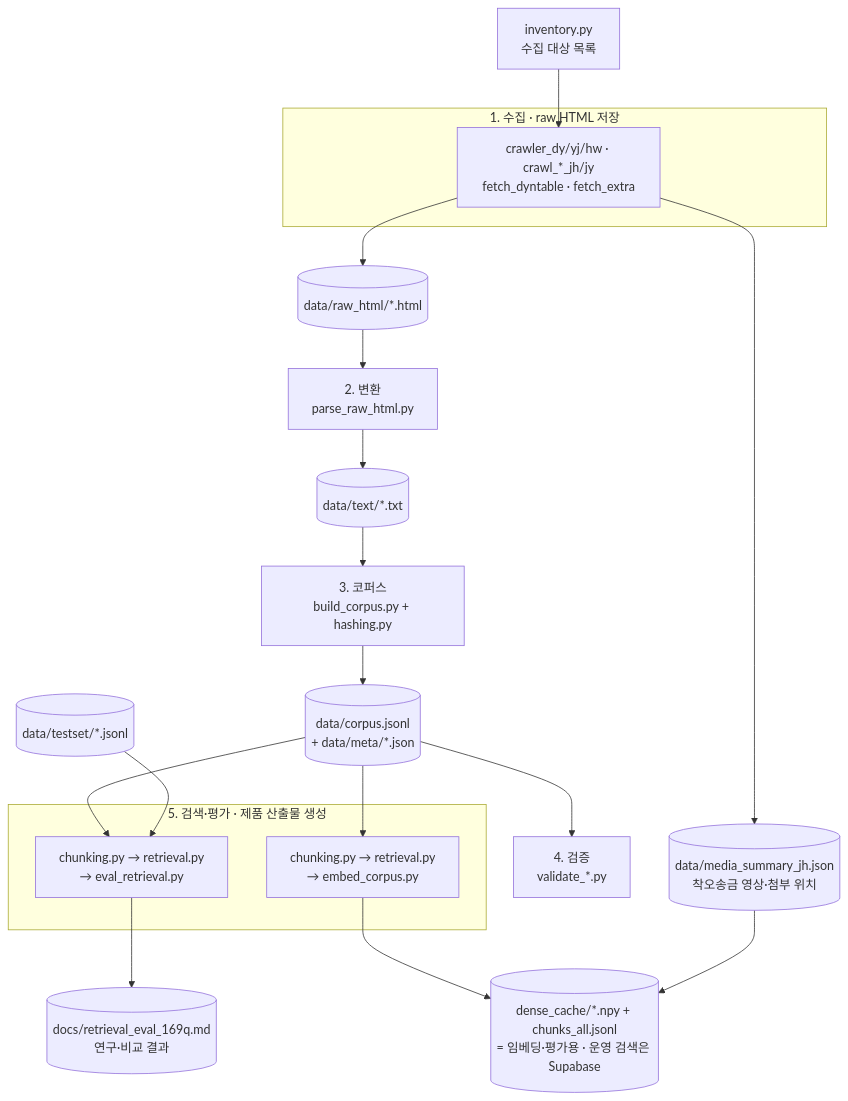
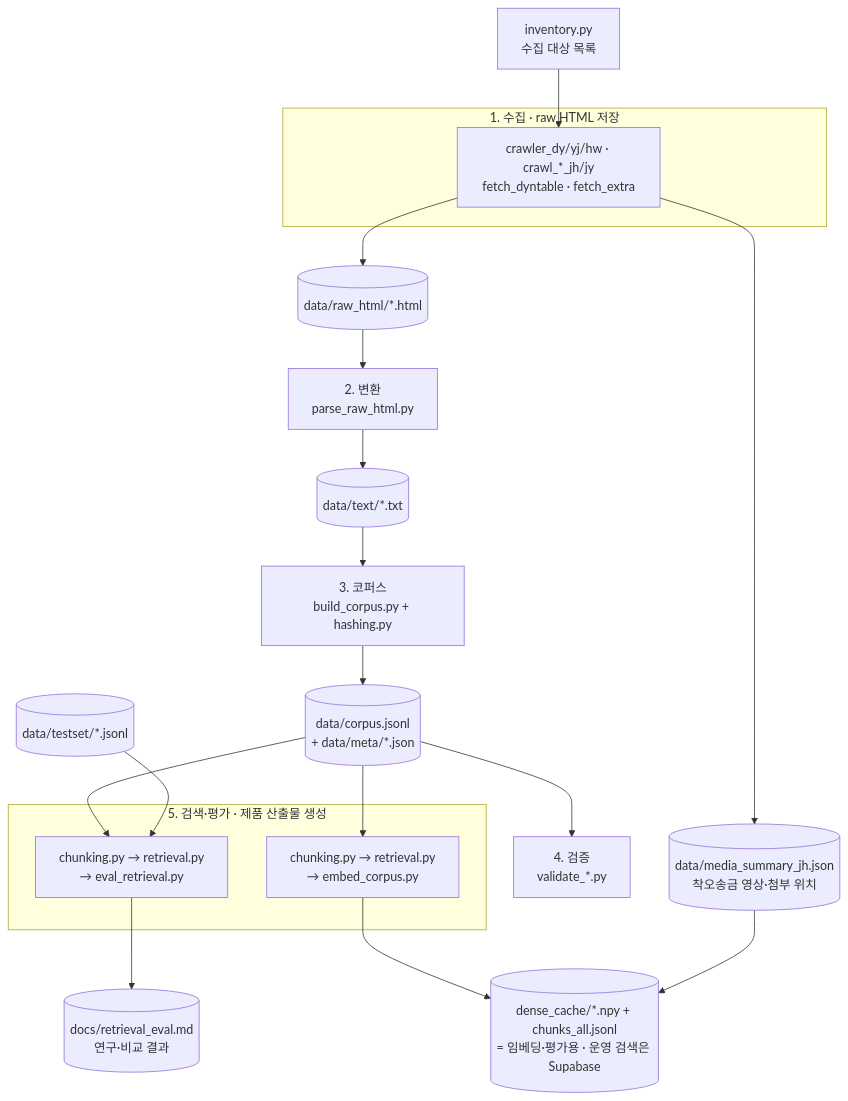
The diagram in docs/CODEBASE.md (likelion-8/kdic-crawler), drawn with Mermaid before and after one commit. The commit also changed other lines of this file and 5 other files, not shown here.

````diff
--- a/docs/CODEBASE.md
+++ b/docs/CODEBASE.md
@@ -12,24 +12,24 @@
 ```mermaid
 flowchart TD
     INV[inventory.py<br/>수집 대상 목록] --> CRAWL
     subgraph S1[1. 수집 · raw HTML 저장]
       CRAWL[crawler_dy/yj/hw · crawl_*_jh/jy<br/>fetch_dyntable · fetch_extra]
     end
     CRAWL --> RAW[(data/raw_html/*.html)]
     CRAWL --> MEDIA[(data/media_summary_jh.json<br/>착오송금 영상·첨부 위치)]
     RAW --> PARSE[2. 변환<br/>parse_raw_html.py]
     PARSE --> TXT[(data/text/*.txt)]
     TXT --> BUILD[3. 코퍼스<br/>build_corpus.py + hashing.py]
     BUILD --> CORP[(data/corpus.jsonl<br/>+ data/meta/*.json)]
     CORP --> VAL[4. 검증<br/>validate_*.py]
     CORP --> RET
     CORP --> EMB
     TESTSET[(data/testset/*.jsonl)] --> RET
     subgraph S5[5. 검색·평가 · 제품 산출물 생성]
       RET[chunking.py → retrieval.py<br/>→ eval_retrieval.py]
       EMB[chunking.py → retrieval.py<br/>→ embed_corpus.py]
     end
-    RET --> DOCS[(docs/retrieval_eval_169q.md<br/>연구·비교 결과)]
+    RET --> DOCS[(docs/retrieval_eval.md<br/>연구·비교 결과)]
     EMB --> PROD[(dense_cache/*.npy + chunks_all.jsonl<br/>= 임베딩·평가용 · 운영 검색은 Supabase)]
     MEDIA --> PROD
 ```
````
